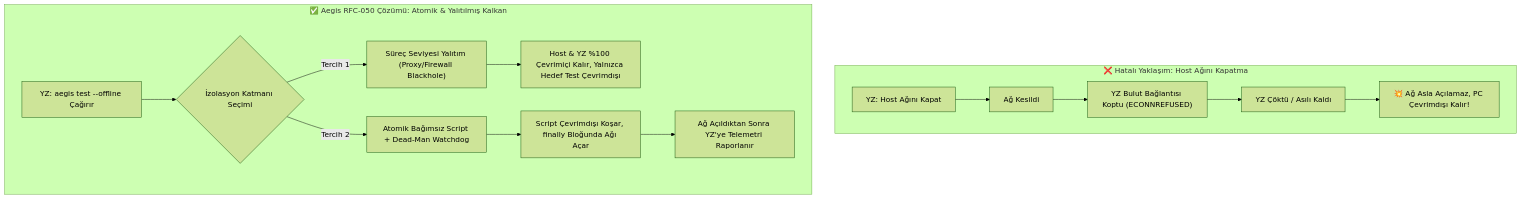
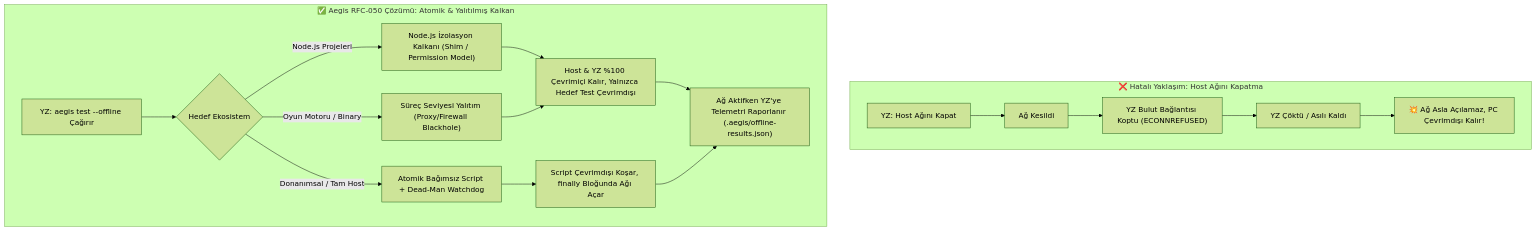
The first of 2 diagrams in docs/rfc/RFC-050-autonomous-fail-safe-offline-test-shield-and-self-restoring-network-harness.md (frkntlr/aegis), drawn with Mermaid (forest theme) before and after one commit. The commit also changed other lines of this file, not shown here.

Commit message:
docs(rfc): add Node.js offline isolation architecture and zero-code shim specification to RFC-050 (#530)

````diff
--- a/docs/rfc/RFC-050-autonomous-fail-safe-offline-test-shield-and-self-restoring-network-harness.md
+++ b/docs/rfc/RFC-050-autonomous-fail-safe-offline-test-shield-and-self-restoring-network-harness.md
@@ -22,18 +23,19 @@
 ```mermaid
 flowchart TD
     subgraph HATALI_YAKLASIM["❌ Hatalı Yaklaşım: Host Ağını Kapatma"]
         A1["YZ: Host Ağını Kapat"] --> B1["Ağ Kesildi"]
         B1 --> C1["YZ Bulut Bağlantısı Koptu (ECONNREFUSED)"]
         C1 --> D1["YZ Çöktü / Asılı Kaldı"]
         D1 --> E1["💥 Ağ Asla Açılamaz, PC Çevrimdışı Kalır!"]
     end
 
     subgraph AEGIS_COZUMU["✅ Aegis RFC-050 Çözümü: Atomik & Yalıtılmış Kalkan"]
-        A2["YZ: aegis test --offline Çağırır"] --> B2{"İzolasyon Katmanı Seçimi"}
-        B2 -->|"Tercih 1"| C2["Süreç Seviyesi Yalıtım (Proxy/Firewall Blackhole)"]
-        C2 --> D2["Host & YZ %100 Çevrimiçi Kalır, Yalnızca Hedef Test Çevrimdışı"]
-        B2 -->|"Tercih 2"| E2["Atomik Bağımsız Script + Dead-Man Watchdog"]
-        E2 --> F2["Script Çevrimdışı Koşar, finally Bloğunda Ağı Açar"]
-        F2 --> G2["Ağ Açıldıktan Sonra YZ'ye Telemetri Raporlanır"]
+        A2["YZ: aegis test --offline Çağırır"] --> B2{"Hedef Ekosistem"}
+        B2 -->|"Node.js Projeleri"| C2["Node.js İzolasyon Kalkanı (Shim / Permission Model)"]
+        B2 -->|"Oyun Motoru / Binary"| D2["Süreç Seviyesi Yalıtım (Proxy/Firewall Blackhole)"]
+        B2 -->|"Donanımsal / Tam Host"| E2["Atomik Bağımsız Script + Dead-Man Watchdog"]
+        C2 & D2 --> F2["Host & YZ %100 Çevrimiçi Kalır, Yalnızca Hedef Test Çevrimdışı"]
+        E2 --> G2["Script Çevrimdışı Koşar, finally Bloğunda Ağı Açar"]
+        F2 & G2 --> H2["Ağ Aktifken YZ'ye Telemetri Raporlanır (.aegis/offline-results.json)"]
     end
 ```
````
